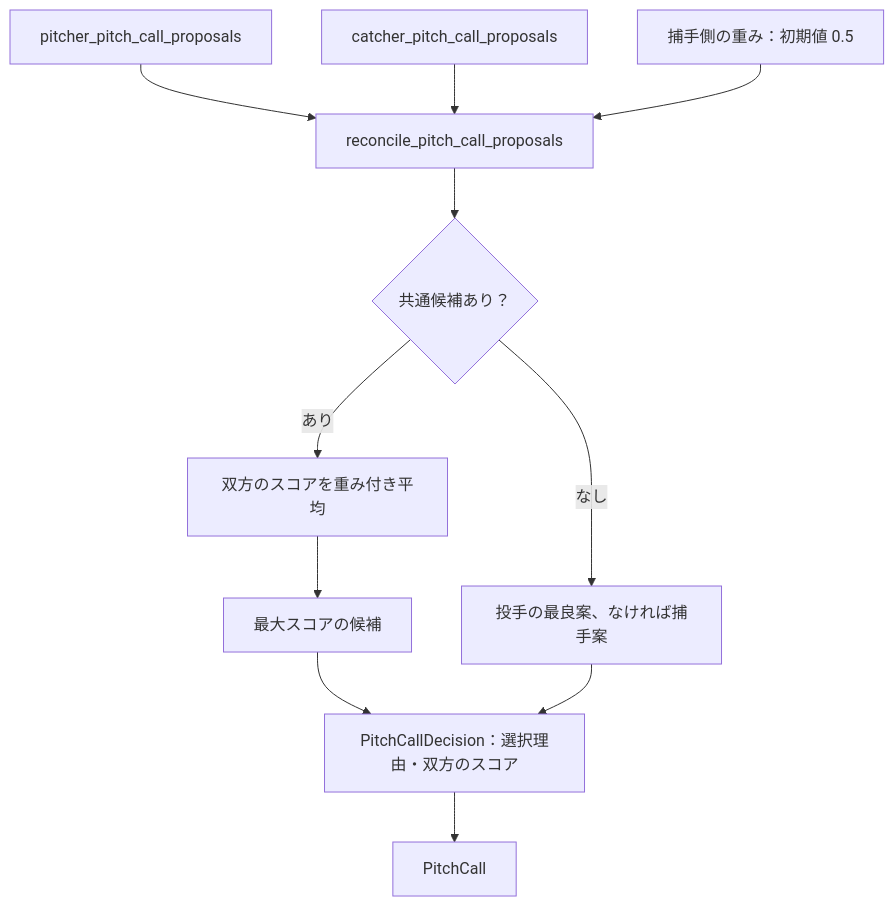
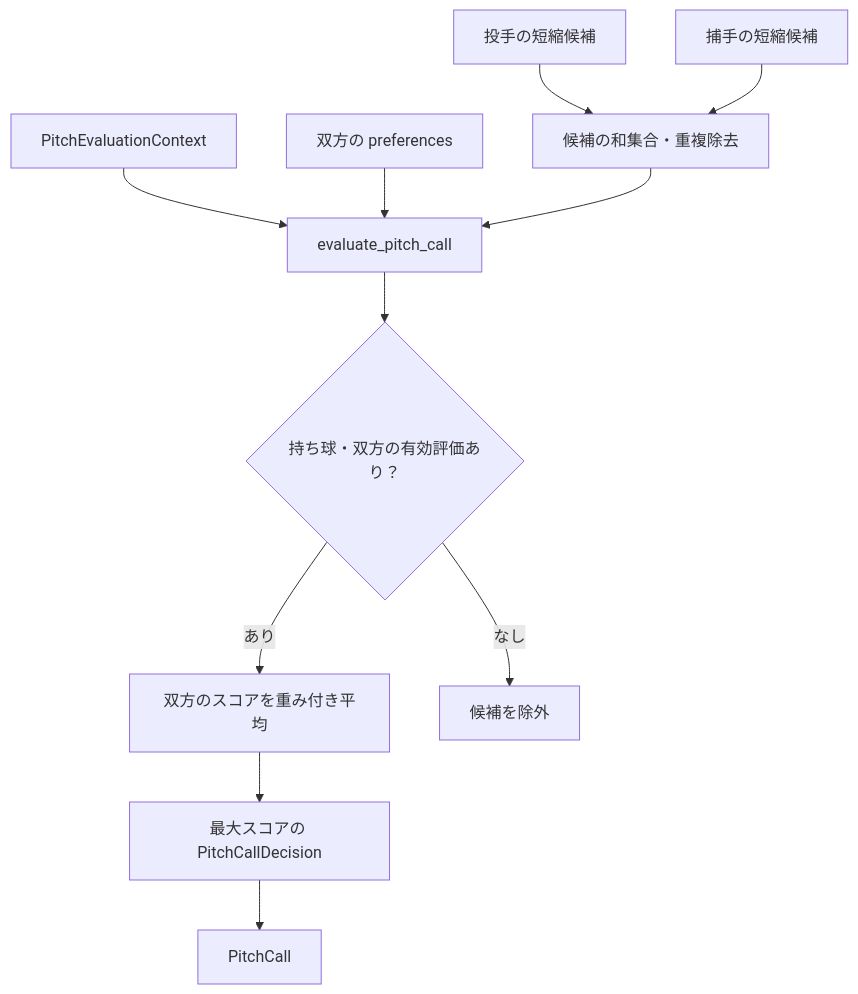
One commit to torafugu/saberbb changed the diagram in docs/mmd/reconcile_pitch_call_proposals.mmd. Above: the diagram before and after it, drawn with Mermaid. The commit also changed 2 other files, not shown here.

Commit message:
Reevaluate pitcher and catcher candidate union with shared pitch scoring

```diff
--- a/docs/mmd/reconcile_pitch_call_proposals.mmd
+++ b/docs/mmd/reconcile_pitch_call_proposals.mmd
@@ -1,11 +1,11 @@
 flowchart TD
-    Pitcher[pitcher_pitch_call_proposals] --> Reconcile[reconcile_pitch_call_proposals]
-    Catcher[catcher_pitch_call_proposals] --> Reconcile
-    Weight["捕手側の重み：初期値 0.5"] --> Reconcile
-    Reconcile --> Shared{"共通候補あり？"}
-    Shared -->|あり| Score["双方のスコアを重み付き平均"]
-    Score --> Best["最大スコアの候補"]
-    Shared -->|なし| Fallback["投手の最良案、なければ捕手案"]
-    Best --> Decision["PitchCallDecision：選択理由・双方のスコア"]
-    Fallback --> Decision
+    Pitcher["投手の短縮候補"] --> Union["候補の和集合・重複除去"]
+    Catcher["捕手の短縮候補"] --> Union
+    Context[PitchEvaluationContext] --> Evaluate[evaluate_pitch_call]
+    Preferences["双方の preferences"] --> Evaluate
+    Union --> Evaluate
+    Evaluate --> Valid{"持ち球・双方の有効評価あり？"}
+    Valid -->|あり| Score["双方のスコアを重み付き平均"]
+    Valid -->|なし| Skip["候補を除外"]
+    Score --> Decision["最大スコアの PitchCallDecision"]
     Decision --> Call[PitchCall]
```
